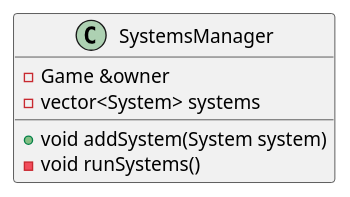
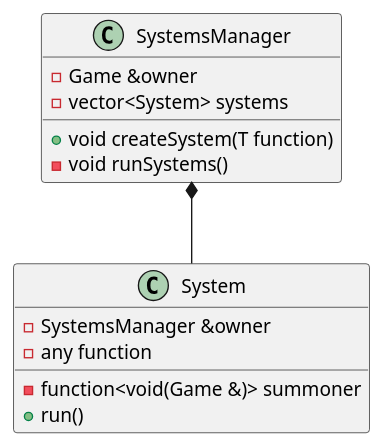
One commit to Suraii/Azurite changed the diagram in documentation/engine_systems_manager.md. Above: the diagram before and after it, drawn with PlantUML.

Commit message:
/DOC/engine +(System sub class in SystemManager's diagram)

```diff
--- a/documentation/engine_systems_manager.md
+++ b/documentation/engine_systems_manager.md
@@ -1,10 +1,19 @@
 @startuml
 
 class SystemsManager {
     -Game &owner
     -vector<System> systems
-    +void addSystem(System system)
+    +void createSystem(T function)
     -void runSystems()
 }
 
+
+SystemsManager *-- System
+class System {
+    -SystemsManager &owner
+    -any function
+    -function<void(Game &)> summoner
+    +run()
+}
+
 @enduml
```
